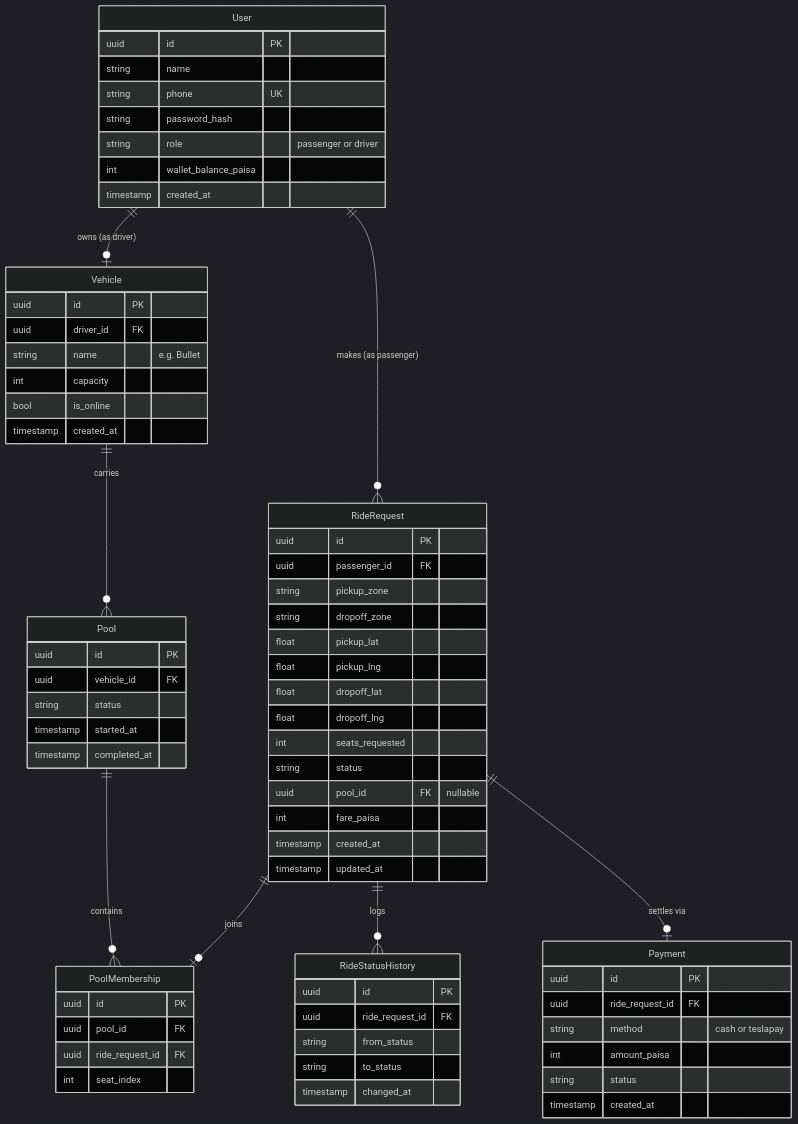
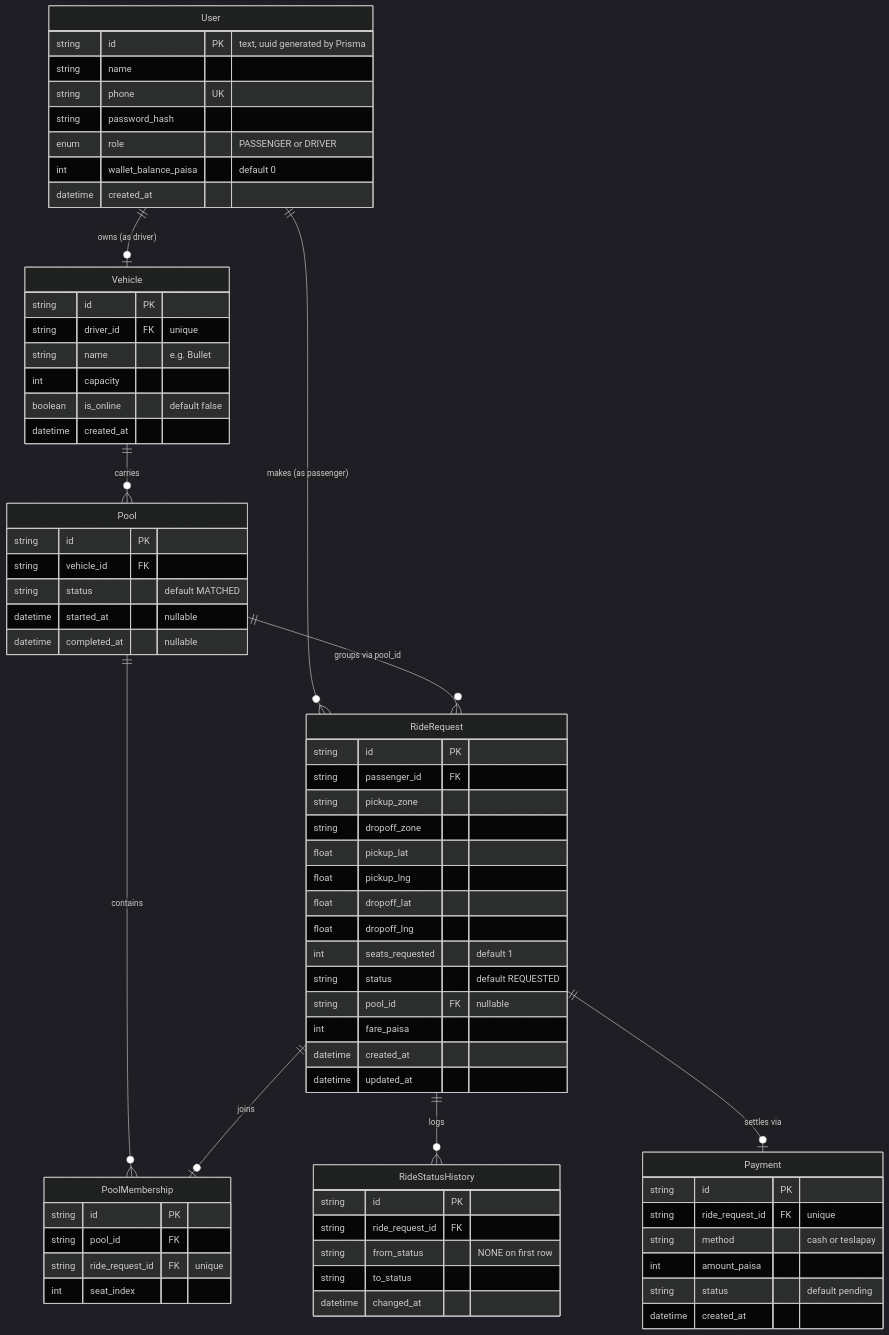
The diagram in docs/database-schema.md (Red1-Rahman/Dhaka-Tesla-Pool), drawn with Mermaid (dark theme) before and after one commit. The commit also changed other lines of this file, not shown here.

Commit message:
docs(database-schema): Added detailed mapping of Prisma models to PostgreSQL tables, including primary purposes and column types. Updated ERD and added notes on constraints, foreign keys, and known gaps in the schema.

````diff
--- a/docs/database-schema.md
+++ b/docs/database-schema.md
@@ -5,72 +19,73 @@
 ```mermaid
 erDiagram
     User ||--o{ RideRequest : "makes (as passenger)"
     User ||--o| Vehicle : "owns (as driver)"
     Vehicle ||--o{ Pool : "carries"
+    Pool ||--o{ RideRequest : "groups via pool_id"
     Pool ||--o{ PoolMembership : "contains"
     RideRequest ||--o| PoolMembership : "joins"
     RideRequest ||--o{ RideStatusHistory : "logs"
     RideRequest ||--o| Payment : "settles via"
 
     User {
-        uuid id PK
+        string id PK "text, uuid generated by Prisma"
         string name
         string phone UK
         string password_hash
-        string role "passenger or driver"
-        int wallet_balance_paisa
-        timestamp created_at
+        enum role "PASSENGER or DRIVER"
+        int wallet_balance_paisa "default 0"
+        datetime created_at
     }
     Vehicle {
-        uuid id PK
-        uuid driver_id FK
+        string id PK
+        string driver_id FK "unique"
         string name "e.g. Bullet"
         int capacity
-        bool is_online
-        timestamp created_at
+        boolean is_online "default false"
+        datetime created_at
     }
     RideRequest {
-        uuid id PK
-        uuid passenger_id FK
+        string id PK
+        string passenger_id FK
         string pickup_zone
         string dropoff_zone
         float pickup_lat
         float pickup_lng
         float dropoff_lat
         float dropoff_lng
-        int seats_requested
-        string status
-        uuid pool_id FK "nullable"
+        int seats_requested "default 1"
+        string status "default REQUESTED"
+        string pool_id FK "nullable"
         int fare_paisa
-        timestamp created_at
-        timestamp updated_at
+        datetime created_at
+        datetime updated_at
     }
     Pool {
-        uuid id PK
-        uuid vehicle_id FK
-        string status
-        timestamp started_at
-        timestamp completed_at
+        string id PK
+        string vehicle_id FK
+        string status "default MATCHED"
+        datetime started_at "nullable"
+        datetime completed_at "nullable"
     }
     PoolMembership {
-        uuid id PK
-        uuid pool_id FK
-        uuid ride_request_id FK
+        string id PK
+        string pool_id FK
+        string ride_request_id FK "unique"
         int seat_index
     }
     RideStatusHistory {
-        uuid id PK
-        uuid ride_request_id FK
-        string from_status
+        string id PK
+        string ride_request_id FK
+        string from_status "NONE on first row"
         string to_status
-        timestamp changed_at
+        datetime changed_at
     }
     Payment {
-        uuid id PK
-        uuid ride_request_id FK
+        string id PK
+        string ride_request_id FK "unique"
         string method "cash or teslapay"
         int amount_paisa
-        string status
-        timestamp created_at
+        string status "default pending"
+        datetime created_at
     }
 ```
````
